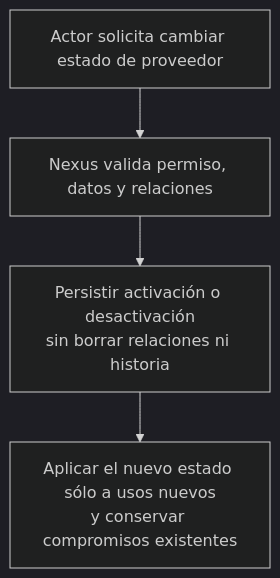
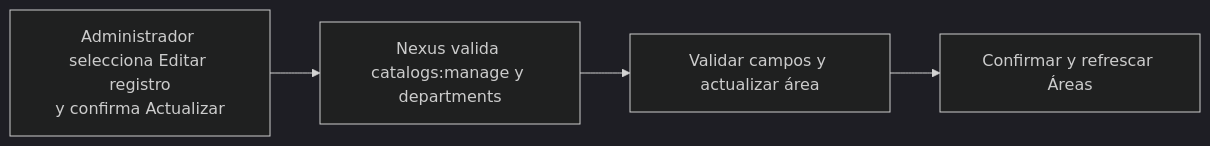
Before and after one commit to gpgsistemas01/nexus: the diagram in docs/requirements/diagrams/catalogs/cu-cat-12.md, drawn with Mermaid (dark theme). The commit also changed other lines of this file and 287 other files, not shown here.

````diff
--- a/docs/requirements/diagrams/catalogs/cu-cat-12.md
+++ b/docs/requirements/diagrams/catalogs/cu-cat-12.md
@@ -3,6 +3,6 @@
 ```mermaid
-flowchart TD
-    request["Actor solicita cambiar estado de proveedor"] --> validate["Nexus valida permiso, datos y relaciones"]
-    validate --> result["Persistir activación o desactivación<br/>sin borrar relaciones ni historia"]
-    result --> boundary["Aplicar el nuevo estado sólo a usos nuevos<br/>y conservar compromisos existentes"]
+flowchart LR
+    request["Administrador selecciona Editar registro<br/>y confirma Actualizar"] --> authorize["Nexus valida catalogs:manage y departments"]
+    authorize --> persist["Validar campos y actualizar área"]
+    persist --> result["Confirmar y refrescar Áreas"]
 ```
````
